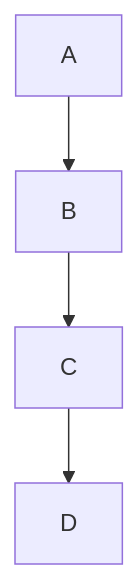
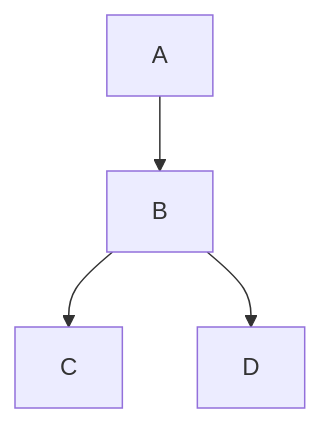
Before and after one commit to yuasys/chatty-journal: the second of 2 diagrams in 2023/02/2023-02-24.md, drawn with Mermaid. The commit also changed other lines of this file, not shown here.

````diff
--- a/2023/02/2023-02-24.md
+++ b/2023/02/2023-02-24.md
@@ -16,6 +32,6 @@
 ```mermaid
 graph TD
     A --> B
     B --> C
-    C --> D
+    B --> D
 ```
````
